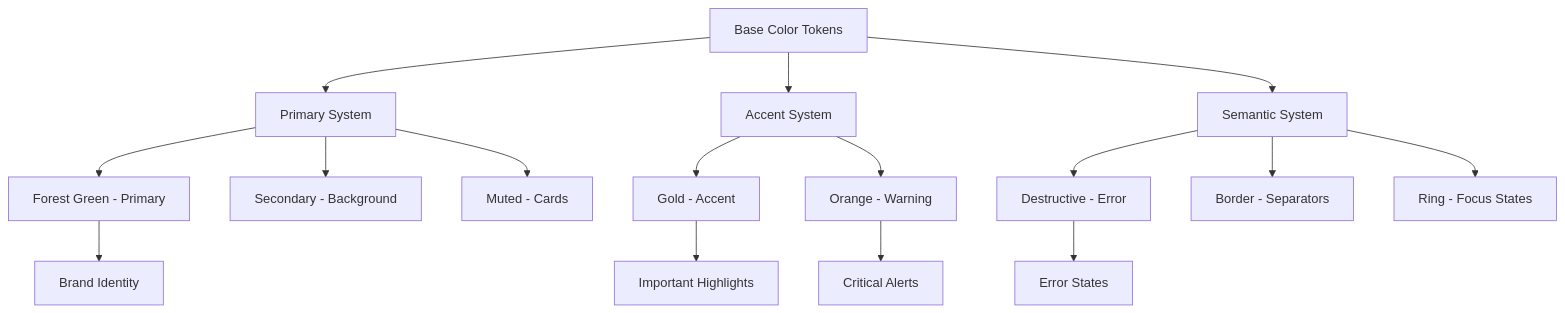
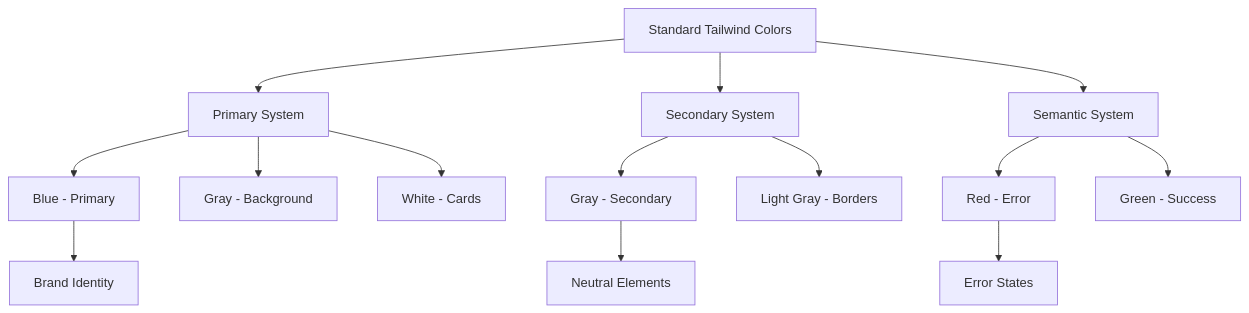
Before and after one commit to PA-Penajam/kepegawaian_apps: the third of 6 diagrams in .qoder/repowiki/en/content/Frontend Architecture/UI_UX Refactor Design Document.md, drawn with Mermaid. The commit also changed other lines of this file and 22 other files, not shown here.

````diff
--- a/.qoder/repowiki/en/content/Frontend Architecture/UI_UX Refactor Design Document.md
+++ b/.qoder/repowiki/en/content/Frontend Architecture/UI_UX Refactor Design Document.md
@@ -204,18 +166,16 @@
 ```mermaid
 flowchart TD
-A[Base Color Tokens] --> B[Primary System]
-A --> C[Accent System]
+A[Standard Tailwind Colors] --> B[Primary System]
+A --> C[Secondary System]
 A --> D[Semantic System]
-B --> E[Forest Green - Primary]
-B --> F[Secondary - Background]
-B --> G[Muted - Cards]
-C --> H[Gold - Accent]
-C --> I[Orange - Warning]
-D --> J[Destructive - Error]
-D --> K[Border - Separators]
-D --> L[Ring - Focus States]
-E --> M[Brand Identity]
-H --> N[Important Highlights]
-I --> O[Critical Alerts]
-J --> P[Error States]
+B --> E[Blue - Primary]
+B --> F[Gray - Background]
+B --> G[White - Cards]
+C --> H[Gray - Secondary]
+C --> I[Light Gray - Borders]
+D --> J[Red - Error]
+D --> K[Green - Success]
+E --> L[Brand Identity]
+H --> M[Neutral Elements]
+J --> N[Error States]
 ```
````
